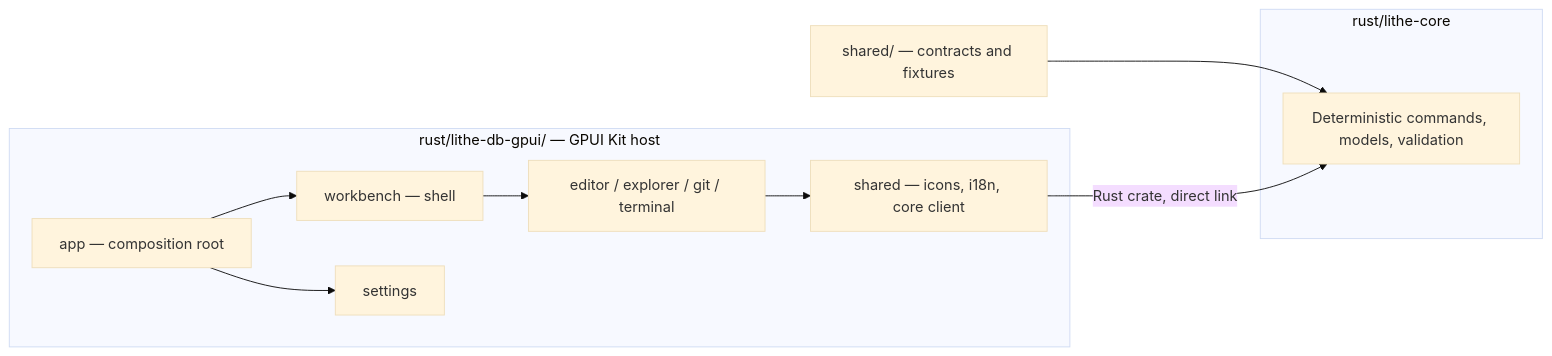
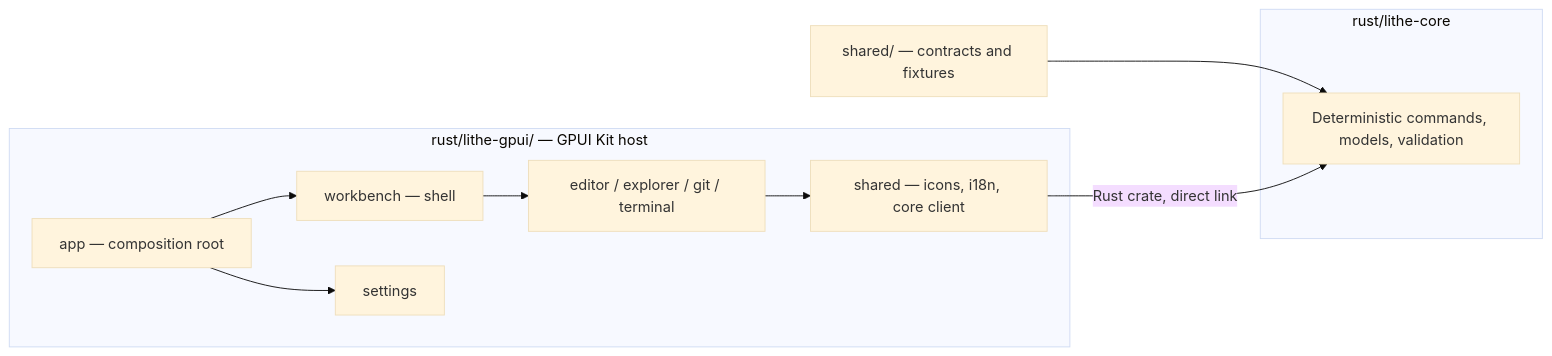
The diagram in README.md (T-fenlin/Lithe-IDEA), drawn with Mermaid (base theme) before and after one commit. The commit also changed other lines of this file and 1677 other files, not shown here.

First line of the commit message:
refactor(lithe-gpui): 宿主目录与 crate 前缀修正为 lithe-gpui

````diff
--- a/README.md
+++ b/README.md
@@ -158,16 +158,16 @@
 ```mermaid
 flowchart LR
-    subgraph Host["rust/lithe-db-gpui/ — GPUI Kit host"]
+    subgraph Host["rust/lithe-gpui/ — GPUI Kit host"]
         App["app — composition root"] --> Workbench["workbench — shell"]
         Workbench --> Editor["editor / explorer / git / terminal"]
         App --> Settings["settings"]
         Editor --> Shared["shared — icons, i18n, core client"]
     end
 
     subgraph Core["rust/lithe-core"]
         Commands["Deterministic commands, models, validation"]
     end
 
     Contracts["shared/ — contracts and fixtures"] --> Commands
     Shared -->|"Rust crate, direct link"| Commands
 ```
````
